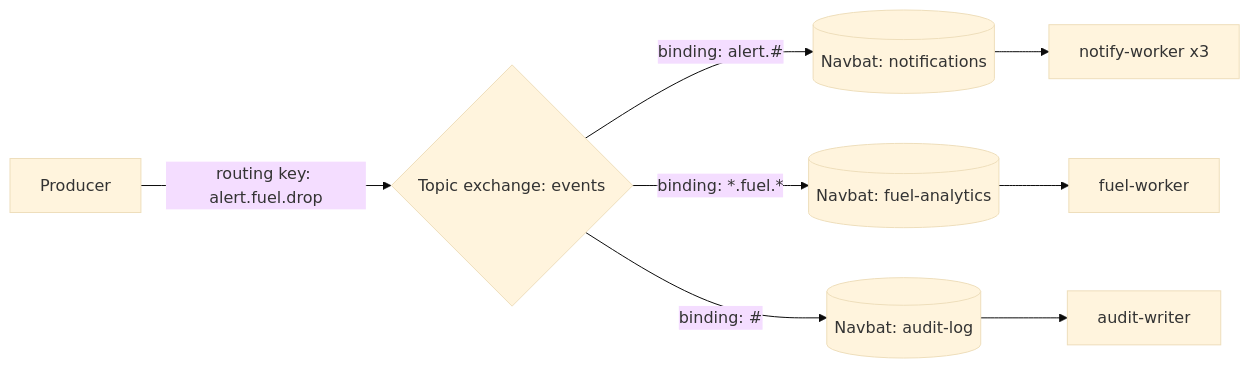
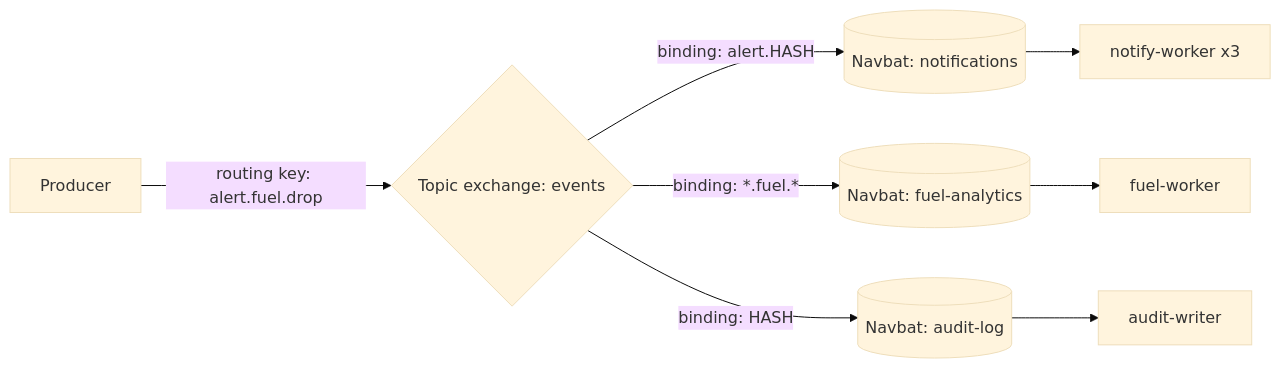
Before and after one commit to khabibkhanov/systen-design: the first of 2 diagrams in content/lessons/042.md, drawn with Mermaid (base theme). The commit also changed other lines of this file and 21 other files, not shown here.

````diff
--- a/content/lessons/042.md
+++ b/content/lessons/042.md
@@ -28,10 +28,10 @@
 ```mermaid
 flowchart LR
   P["Producer"] -->|"routing key: alert.fuel.drop"| X{"Topic exchange: events"}
-  X -->|"binding: alert.#"| Q1[("Navbat: notifications")]
+  X -->|"binding: alert.HASH"| Q1[("Navbat: notifications")]
   X -->|"binding: *.fuel.*"| Q2[("Navbat: fuel-analytics")]
-  X -->|"binding: #"| Q3[("Navbat: audit-log")]
+  X -->|"binding: HASH"| Q3[("Navbat: audit-log")]
   Q1 --> C1["notify-worker x3"]
   Q2 --> C2["fuel-worker"]
   Q3 --> C3["audit-writer"]
 ```
````
